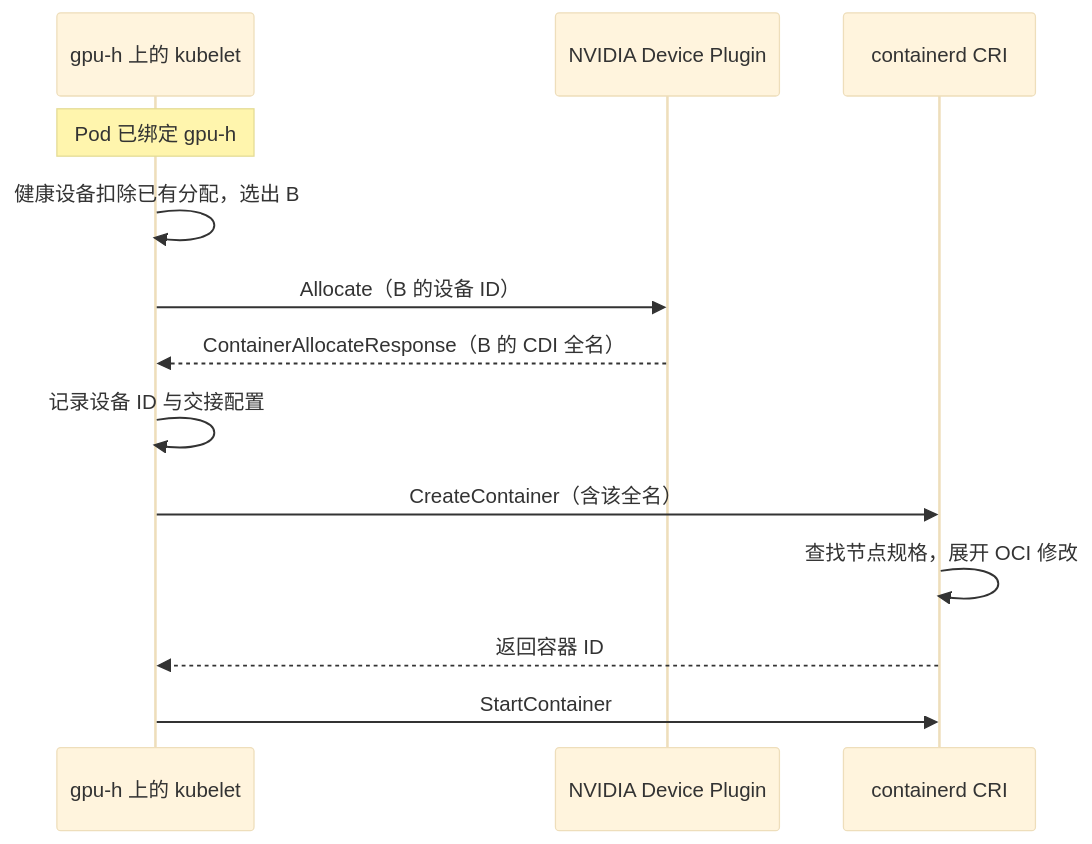
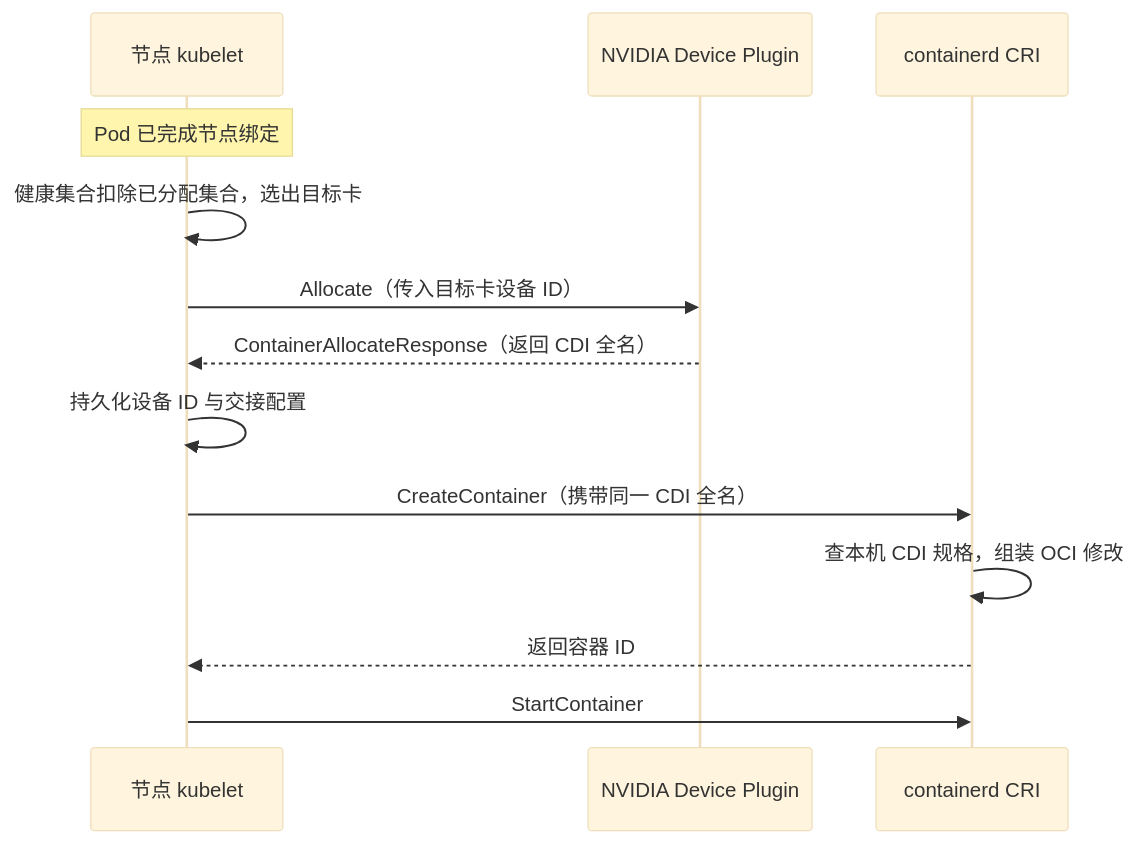
One commit to realtyz/ops-manual changed the diagram in AI-Infra/11_Kubernetes如何发现与分配GPU/04_kubelet 的 GPU 选卡、Allocate 与 CDI 交接.md. Above: the diagram before and after it, drawn with Mermaid (base theme). The commit also changed other lines of this file and 194 other files, not shown here.

````diff
--- a/AI-Infra/11_Kubernetes如何发现与分配GPU/04_kubelet 的 GPU 选卡、Allocate 与 CDI 交接.md
+++ b/AI-Infra/11_Kubernetes如何发现与分配GPU/04_kubelet 的 GPU 选卡、Allocate 与 CDI 交接.md
@@ -16,15 +24,16 @@
 ```mermaid
 sequenceDiagram
-    participant K as gpu-h 上的 kubelet
+    accDescr: Pod 绑定到节点后，kubelet 扣除已占设备选出目标卡，调用 NVIDIA Device Plugin 的 Allocate 获取 CDI 全名，再通过 CRI CreateContainer 交由 containerd 解析规格并启动容器。
+    participant K as 节点 kubelet
     participant P as NVIDIA Device Plugin
     participant R as containerd CRI
-    Note over K: Pod 已绑定 gpu-h
-    K->>K: 健康设备扣除已有分配，选出 B
-    K->>P: Allocate（B 的设备 ID）
-    P-->>K: ContainerAllocateResponse（B 的 CDI 全名）
-    K->>K: 记录设备 ID 与交接配置
-    K->>R: CreateContainer（含该全名）
-    R->>R: 查找节点规格，展开 OCI 修改
+    Note over K: Pod 已完成节点绑定
+    K->>K: 健康集合扣除已分配集合，选出目标卡
+    K->>P: Allocate（传入目标卡设备 ID）
+    P-->>K: ContainerAllocateResponse（返回 CDI 全名）
+    K->>K: 持久化设备 ID 与交接配置
+    K->>R: CreateContainer（携带同一 CDI 全名）
+    R->>R: 查本机 CDI 规格，组装 OCI 修改
     R-->>K: 返回容器 ID
     K->>R: StartContainer
 ```
````
